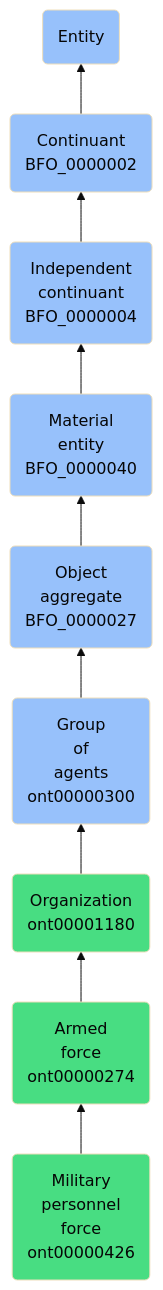
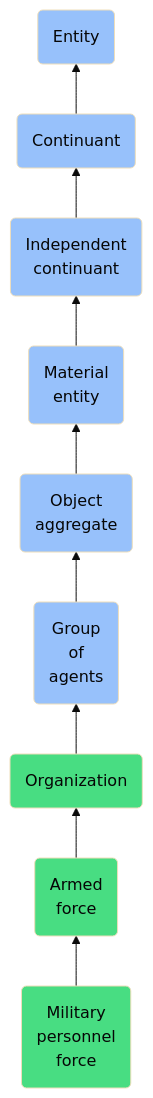
One commit to jupyter-naas/abi changed the diagram in docs/ontology/reference/model/Entity/Continuant/Independent continuant/Material entity/Object aggregate/Group of agents/Organization/Armed force/Military personnel force/Military personnel force.md. Above: the diagram before and after it, drawn with Mermaid (base theme). The commit also changed other lines of this file and 1430 other files, not shown here.

````diff
--- a/docs/ontology/reference/model/Entity/Continuant/Independent continuant/Material entity/Object aggregate/Group of agents/Organization/Armed force/Military personnel force/Military personnel force.md
+++ b/docs/ontology/reference/model/Entity/Continuant/Independent continuant/Material entity/Object aggregate/Group of agents/Organization/Armed force/Military personnel force/Military personnel force.md
@@ -24,16 +24,16 @@
 ```mermaid
 graph BT
-    ont00000426(Military<br>personnel<br>force<br>ont00000426):::ABI-->ont00000274
-    ont00000274(Armed<br>force<br>ont00000274):::ABI-->ont00001180
-    ont00001180(Organization<br>ont00001180):::ABI-->ont00000300
-    ont00000300(Group<br>of<br>agents<br>ont00000300):::BFO-->BFO_0000027
-    BFO_0000027(Object<br>aggregate<br>BFO_0000027):::BFO-->BFO_0000040
-    BFO_0000040(Material<br>entity<br>BFO_0000040):::BFO-->BFO_0000004
-    BFO_0000004(Independent<br>continuant<br>BFO_0000004):::BFO-->BFO_0000002
-    BFO_0000002(Continuant<br>BFO_0000002):::BFO-->BFO_0000001
+    ont00000426(Military<br>personnel<br>force):::ABI-->ont00000274
+    ont00000274(Armed<br>force):::ABI-->ont00001180
+    ont00001180(Organization):::ABI-->ont00000300
+    ont00000300(Group<br>of<br>agents):::BFO-->BFO_0000027
+    BFO_0000027(Object<br>aggregate):::BFO-->BFO_0000040
+    BFO_0000040(Material<br>entity):::BFO-->BFO_0000004
+    BFO_0000004(Independent<br>continuant):::BFO-->BFO_0000002
+    BFO_0000002(Continuant):::BFO-->BFO_0000001
     BFO_0000001(Entity):::BFO
     
     classDef BFO fill:#97c1fb,color:#060606
     classDef CCO fill:#e4c51e,color:#060606
     classDef ABI fill:#48DD82,color:#060606
 ```
````
